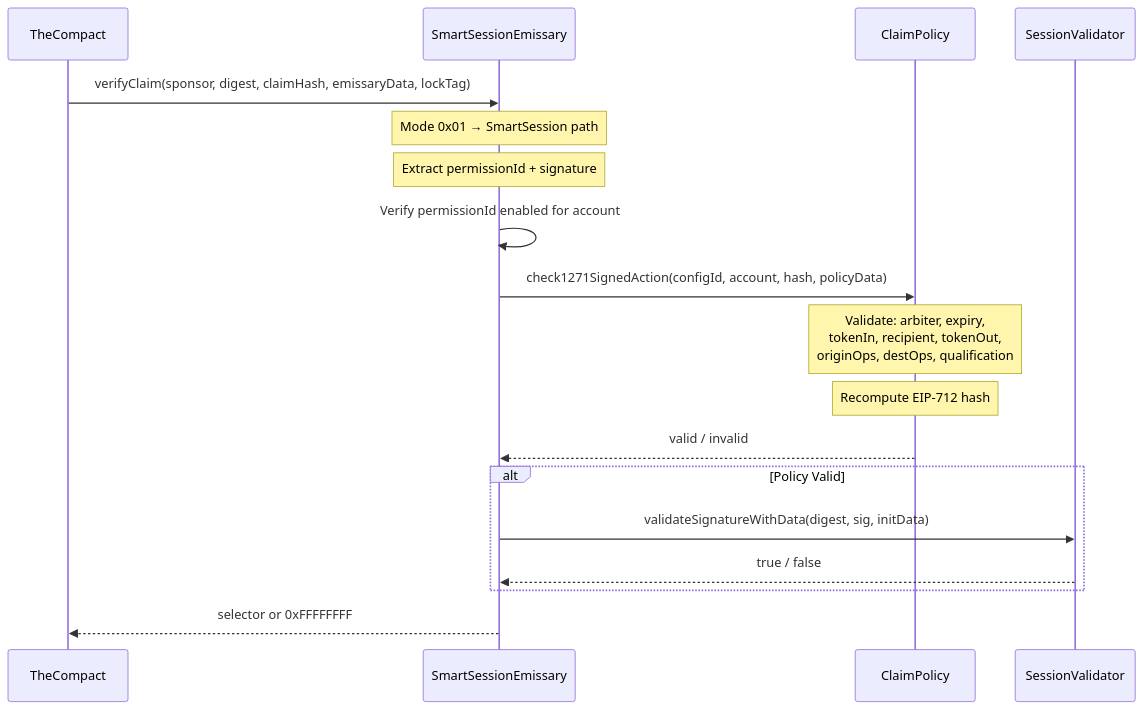
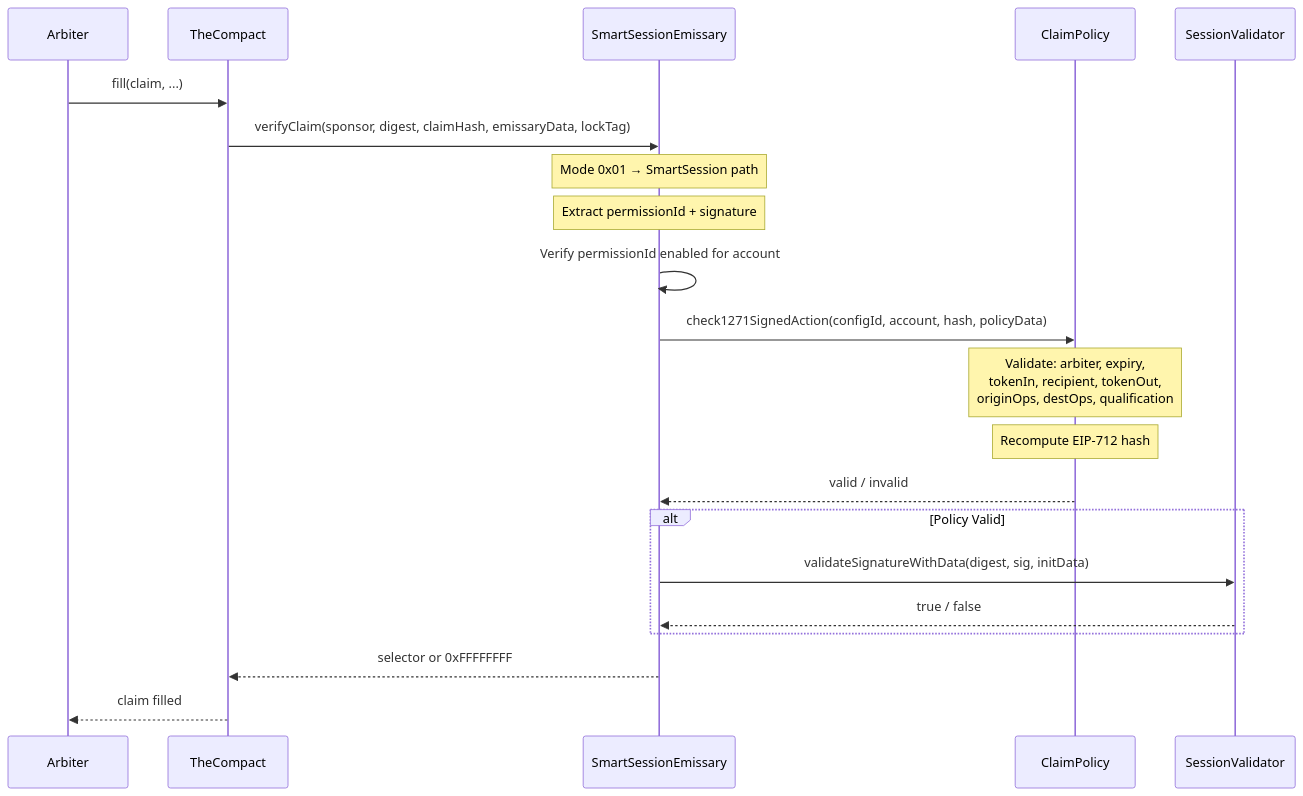
Before and after one commit to rhinestonewtf/smart-sessions-v2: the third of 6 diagrams in README.md, drawn with Mermaid. The commit also changed other lines of this file, not shown here.

Commit message:
docs: update diagram

````diff
--- a/README.md
+++ b/README.md
@@ -119,26 +119,29 @@
 ```mermaid
 sequenceDiagram
+    participant ARB as Arbiter
     participant TC as TheCompact
     participant SSE as SmartSessionEmissary
     participant CP as ClaimPolicy
     participant SV as SessionValidator
 
+    ARB->>TC: fill(claim, ...)
     TC->>SSE: verifyClaim(sponsor, digest, claimHash, emissaryData, lockTag)
 
     Note over SSE: Mode 0x01 → SmartSession path
     Note over SSE: Extract permissionId + signature
 
     SSE->>SSE: Verify permissionId enabled for account
 
     SSE->>CP: check1271SignedAction(configId, account, hash, policyData)
     Note over CP: Validate: arbiter, expiry,<br/>tokenIn, recipient, tokenOut,<br/>originOps, destOps, qualification
     Note over CP: Recompute EIP-712 hash
     CP-->>SSE: valid / invalid
 
     alt Policy Valid
         SSE->>SV: validateSignatureWithData(digest, sig, initData)
         SV-->>SSE: true / false
     end
 
     SSE-->>TC: selector or 0xFFFFFFFF
+    TC-->>ARB: claim filled
 ```
````
